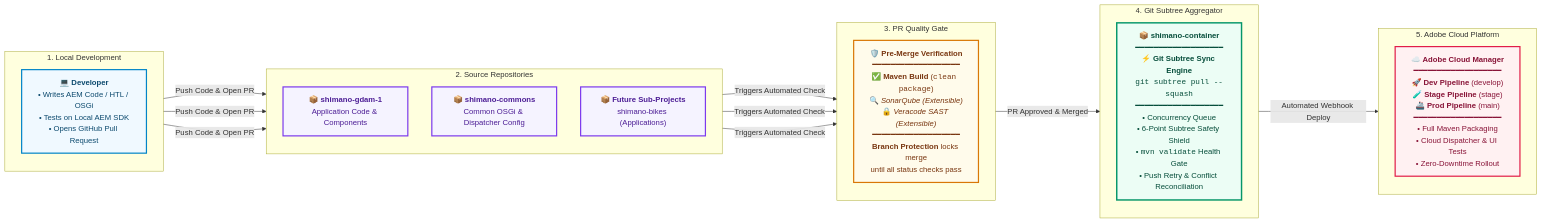
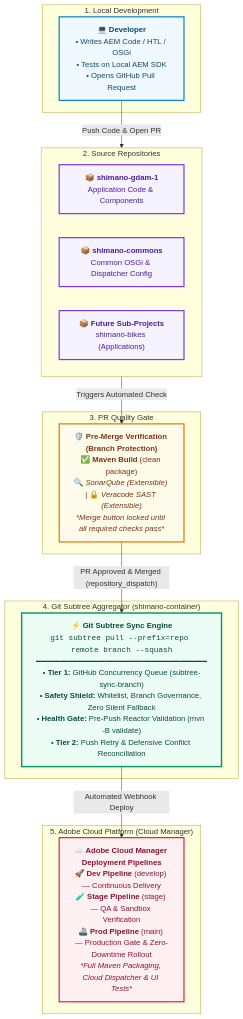
One commit to prash04-glf/shimano-container changed the first of 2 diagrams in docs/shimano-platform-handbook.md. Above: the diagram before and after it, drawn with Mermaid. The commit also changed other lines of this file and 4 other files, not shown here.

Commit message:
docs: restructure architecture diagram to vertical high-contrast flow with enlarged typography

````diff
--- a/docs/shimano-platform-handbook.md
+++ b/docs/shimano-platform-handbook.md
@@ -28,49 +28,45 @@
 ```mermaid
-flowchart LR
+flowchart TD
     %% Custom Visual Styling Classes
     classDef devStyle fill:#F0F9FF,stroke:#0284C7,stroke-width:2.5px,color:#0C4A6E;
     classDef sourceStyle fill:#F5F3FF,stroke:#7C3AED,stroke-width:2.5px,color:#4C1D95;
     classDef gateStyle fill:#FFFBEB,stroke:#D97706,stroke-width:2.5px,color:#78350F;
     classDef hostStyle fill:#ECFDF5,stroke:#059669,stroke-width:3px,color:#064E3B;
     classDef adobeStyle fill:#FFF1F2,stroke:#E11D48,stroke-width:2.5px,color:#881337;
 
     subgraph Step1["1. Local Development"]
-        direction TB
         DEV["<b>💻 Developer</b><br/>• Writes AEM Code / HTL / OSGi<br/>• Tests on Local AEM SDK<br/>• Opens GitHub Pull Request"]
     end
 
     subgraph Step2["2. Source Repositories"]
-        direction TB
+        direction LR
         GDAM["<b>📦 shimano-gdam-1</b><br/>Application Code & Components"]
         COMMONS["<b>📦 shimano-commons</b><br/>Common OSGi & Dispatcher Config"]
         BIKES["<b>📦 Future Sub-Projects</b><br/>shimano-bikes (Applications)"]
     end
 
     subgraph Step3["3. PR Quality Gate"]
-        direction TB
-        GATE["<b>🛡️ Pre-Merge Verification</b><br/>━━━━━━━━━━━━━━━━━━━<br/>✅ <b>Maven Build</b> (<code>clean package</code>)<br/>🔍 <i>SonarQube (Extensible)</i><br/>🔒 <i>Veracode SAST (Extensible)</i><br/>━━━━━━━━━━━━━━━━━━━<br/><b>Branch Protection</b> locks merge<br/>until all status checks pass"]
+        GATE["<b>🛡️ Pre-Merge Verification (Branch Protection)</b><br/>✅ <b>Maven Build</b> (clean package)<br/>🔍 <i>SonarQube (Extensible)</i> | 🔒 <i>Veracode SAST (Extensible)</i><br/><i>*Merge button locked until all required checks pass*</i>"]
     end
 
-    subgraph Step4["4. Git Subtree Aggregator"]
-        direction TB
-        CONTAINER["<b>📦 shimano-container</b><br/>━━━━━━━━━━━━━━━━━━━<br/><b>⚡ Git Subtree Sync Engine</b><br/><code>git subtree pull --squash</code><br/>━━━━━━━━━━━━━━━━━━━<br/>• Concurrency Queue<br/>• 6-Point Subtree Safety Shield<br/>• <code>mvn validate</code> Health Gate<br/>• Push Retry & Conflict Reconciliation"]
+    subgraph Step4["4. Git Subtree Aggregator (shimano-container)"]
+        CONTAINER["<b>⚡ Git Subtree Sync Engine</b><br/><code>git subtree pull --prefix=repo remote branch --squash</code><br/>━━━━━━━━━━━━━━━━━━━━━━━━━━━━━━━━━━━━━<br/>• <b>Tier 1:</b> GitHub Concurrency Queue (subtree-sync-branch)<br/>• <b>Safety Shield:</b> Whitelist, Branch Governance, Zero Silent Fallback<br/>• <b>Health Gate:</b> Pre-Push Reactor Validation (mvn -B validate)<br/>• <b>Tier 2:</b> Push Retry & Defensive Conflict Reconciliation"]
     end
 
-    subgraph Step5["5. Adobe Cloud Platform"]
-        direction TB
-        CLOUD["<b>☁️ Adobe Cloud Manager</b><br/>━━━━━━━━━━━━━━━━━━━<br/>🚀 <b>Dev Pipeline</b> (develop)<br/>🧪 <b>Stage Pipeline</b> (stage)<br/>🚢 <b>Prod Pipeline</b> (main)<br/>━━━━━━━━━━━━━━━━━━━<br/>• Full Maven Packaging<br/>• Cloud Dispatcher & UI Tests<br/>• Zero-Downtime Rollout"]
+    subgraph Step5["5. Adobe Cloud Platform (Cloud Manager)"]
+        CLOUD["<b>☁️ Adobe Cloud Manager Deployment Pipelines</b><br/>🚀 <b>Dev Pipeline</b> (develop) — Continuous Delivery<br/>🧪 <b>Stage Pipeline</b> (stage) — QA & Sandbox Verification<br/>🚢 <b>Prod Pipeline</b> (main) — Production Gate & Zero-Downtime Rollout<br/><i>*Full Maven Packaging, Cloud Dispatcher & UI Tests*</i>"]
     end
 
     %% Step-by-Step Flow Connections
-    DEV -- "Push Code & Open PR" --> GDAM & COMMONS & BIKES
-    GDAM & COMMONS & BIKES -- "Triggers Automated Check" --> GATE
-    GATE -- "PR Approved & Merged" --> CONTAINER
-    CONTAINER -- "Automated Webhook Deploy" --> CLOUD
+    DEV -->|"Push Code & Open PR"| Step2
+    Step2 -->|"Triggers Automated Check"| GATE
+    GATE -->|"PR Approved & Merged (repository_dispatch)"| CONTAINER
+    CONTAINER -->|"Automated Webhook Deploy"| CLOUD
 
     %% Apply Distinct Color Classes
     class DEV devStyle;
     class GDAM,COMMONS,BIKES sourceStyle;
     class GATE gateStyle;
     class CONTAINER hostStyle;
     class CLOUD adobeStyle;
 ```
````
